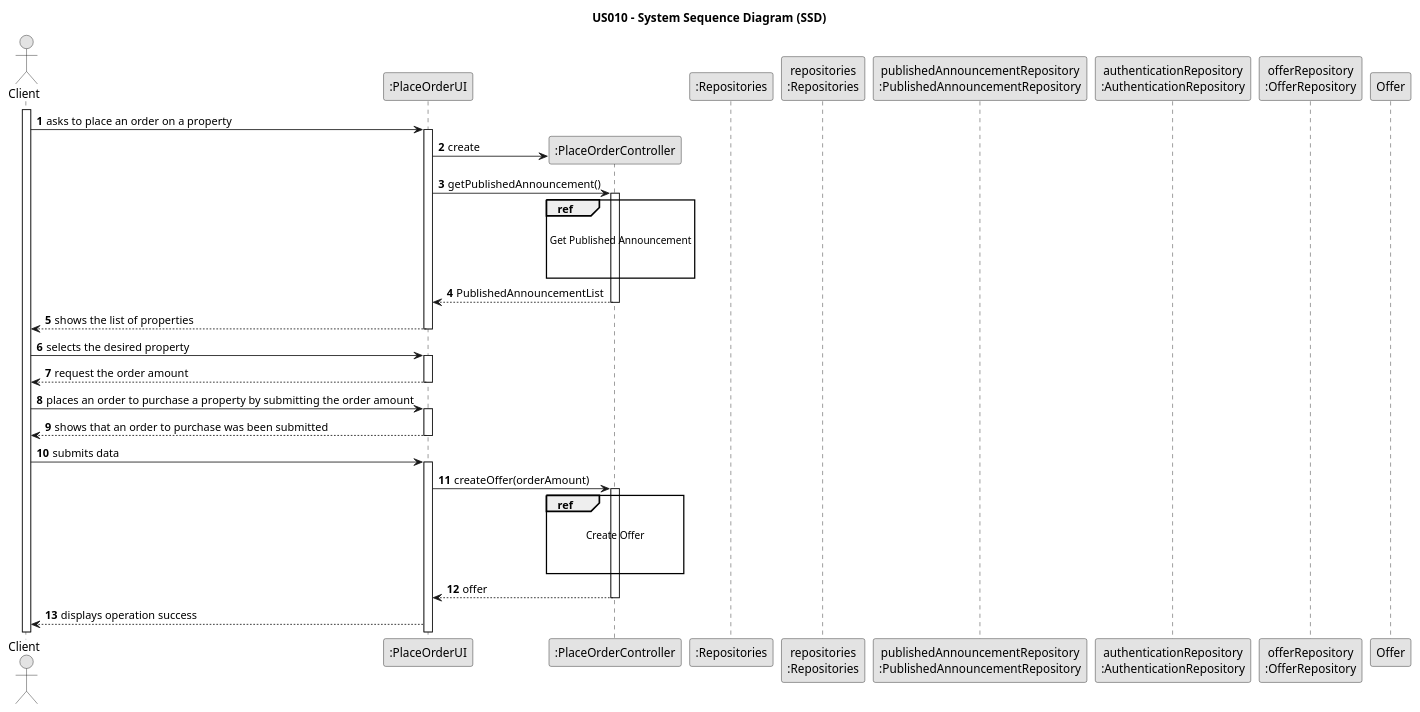
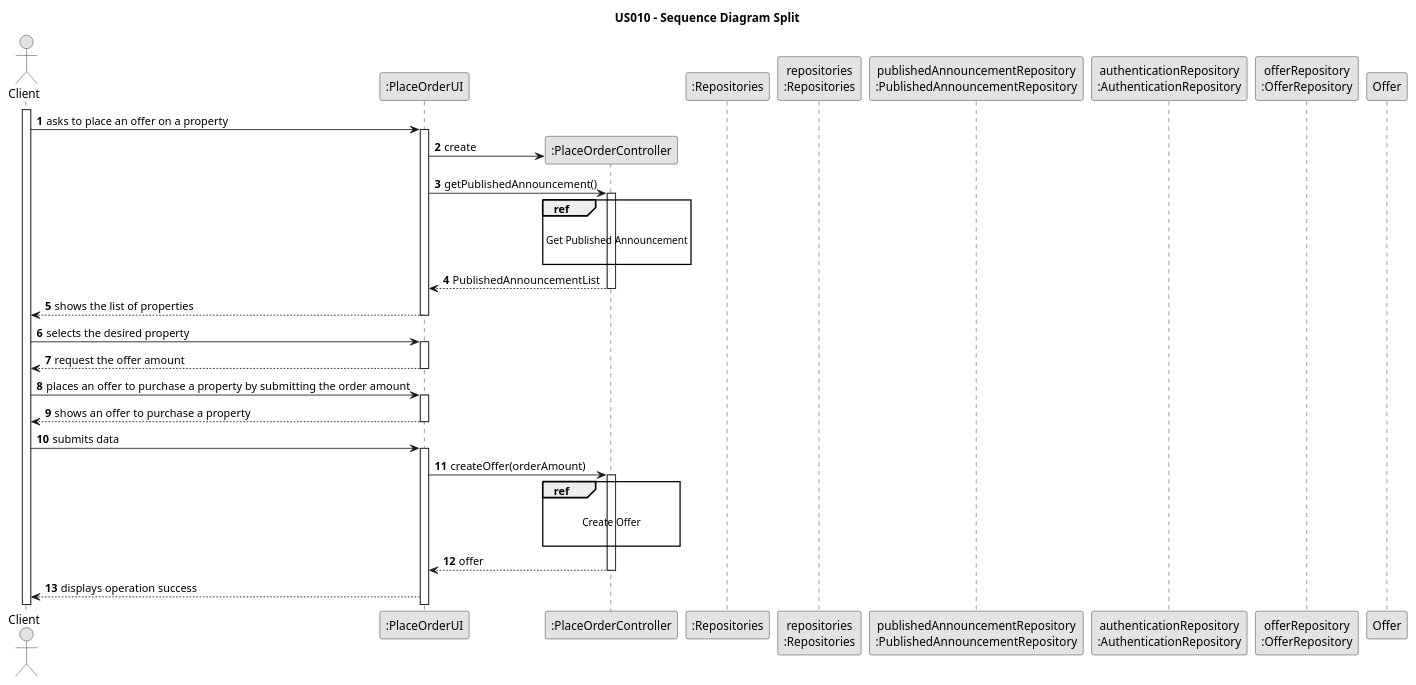
The diagram in docs/sprintC/US10/03.design/puml/us010-sequence-diagram-split.puml (PureNimble/ISEP-LAPR2), drawn with PlantUML before and after one commit. The commit also changed 11 other files, not shown here.

```diff
--- a/docs/sprintC/US10/03.design/puml/us010-sequence-diagram-split.puml
+++ b/docs/sprintC/US10/03.design/puml/us010-sequence-diagram-split.puml
@@ -1,157 +1,72 @@
 @startuml
 
 skinparam monochrome true
 skinparam packageStyle rectangle
 skinparam shadowing false
 
-title US010 - System Sequence Diagram (SSD)
+title US010 - Sequence Diagram Split
 
 autonumber
 
 actor "Client" as Client
 participant ":PlaceOrderUI" as System
 participant ":PlaceOrderController" as Controller
 participant ":Repositories" as RepositorySingleton
 participant "repositories\n:Repositories" as Repositories
 participant "publishedAnnouncementRepository\n:PublishedAnnouncementRepository" as PublishedAnnouncementRepository
 participant "authenticationRepository\n:AuthenticationRepository" as AuthenticationRepository
 participant "offerRepository\n:OfferRepository" as OfferRepository
 participant "Offer" as Offer
 
 activate Client
 
-Client -> System : asks to place an order on a property
+Client -> System : asks to place an offer on a property
 activate System
 
 System -> Controller** : create
 
 System -> Controller : getPublishedAnnouncement()
 activate Controller
 
 ref over Controller
 
 Get Published Announcement
-
-'Controller -> RepositorySingleton : getInstance()
-'activate RepositorySingleton
-'
-'RepositorySingleton --> Controller: repositories
-'deactivate RepositorySingleton
-'
-'Controller -> Repositories : getPublishedAnnouncementRepository()
-'activate Repositories
-'
-'Repositories --> Controller: PublishedAnnouncementRepository
-'deactivate Repositories
-'
-'Controller -> PublishedAnnouncementRepository : getPublishedAnnouncement()
-'activate PublishedAnnouncementRepository
-'
-'PublishedAnnouncementRepository --> Controller : PublishedAnnouncementList
-'deactivate PublishedAnnouncementRepository
 
 end
 
 Controller --> System : PublishedAnnouncementList
 deactivate Controller
 
 System --> Client : shows the list of properties
 deactivate System
 
 Client -> System : selects the desired property
 activate System
 
-System --> Client : request the order amount
+System --> Client : request the offer amount
 deactivate System
 
-Client -> System : places an order to purchase a property by submitting the order amount
+Client -> System : places an offer to purchase a property by submitting the order amount
 activate System
 
-'    alt order amount is superior
-'
-'        loop if the order amount is higher than the owner's requested proce
-'
-'            System --> Client : asks for a new price
-'            deactivate System
-'
-'            Client -> System : places a new order with an inferior order amount
-'            activate System
-'
-'        end
-'
-'    else order amount is inferior
-'
-'        System --> Client : accepts the purchase request
-'        deactivate System
-'
-'    end
-
-System --> Client : shows that an order to purchase was been submitted
+System --> Client : shows an offer to purchase a property
 deactivate System
 
 Client -> System : submits data
 activate System
 
 System -> Controller : createOffer(orderAmount)
 activate Controller
 
 ref over Controller
 
     Create Offer
 
-'Controller -> Repositories : getAuthenticationRepository()
-'activate Repositories
-'
-'Repositories --> Controller : authenticationRepository
-'deactivate Repositories
-'
-'Controller -> AuthenticationRepository : getCurrentUserSession()
-'activate AuthenticationRepository
-'
-'AuthenticationRepository --> Controller : getCurrentUserSession
-'deactivate AuthenticationRepository
-'
-'Controller -> Repositories : getOfferRepository()
-'activate Repositories
-'
-'Repositories --> Controller : getOfferRepository
-'deactivate Repositories
-'
-'Controller -> OfferRepository : createOffer(orderAmount)
-'activate OfferRepository
-'
-'OfferRepository -> Offer** : createOffer(orderAmount)
-'
-'OfferRepository -> OfferRepository : addOffer(offer)
-'
-'OfferRepository -> OfferRepository : validateOffer(offer)
-'
-'OfferRepository --> OfferRepository
-'
-'OfferRepository --> OfferRepository
-'
-'OfferRepository --> Controller : offer
-'deactivate OfferRepository
-
 end
 
 Controller --> System : offer
 deactivate Controller
 
-'Controller -> OfferRepository : checkExistingOffer(offer)
-'activate OfferRepository
-'
-'OfferRepository --> Controller : checkExistingOffer
-'deactivate OfferRepository
-'
-'    opt if checkExistingOffer == true
-'
-'       Controller --> System : checkExistingOffer
-'
-'       System --> Client : asks the user to wait until the pending request is either accepted or rejected
-'
-'    end
-
 System --> Client : displays operation success
 
 @enduml
```
